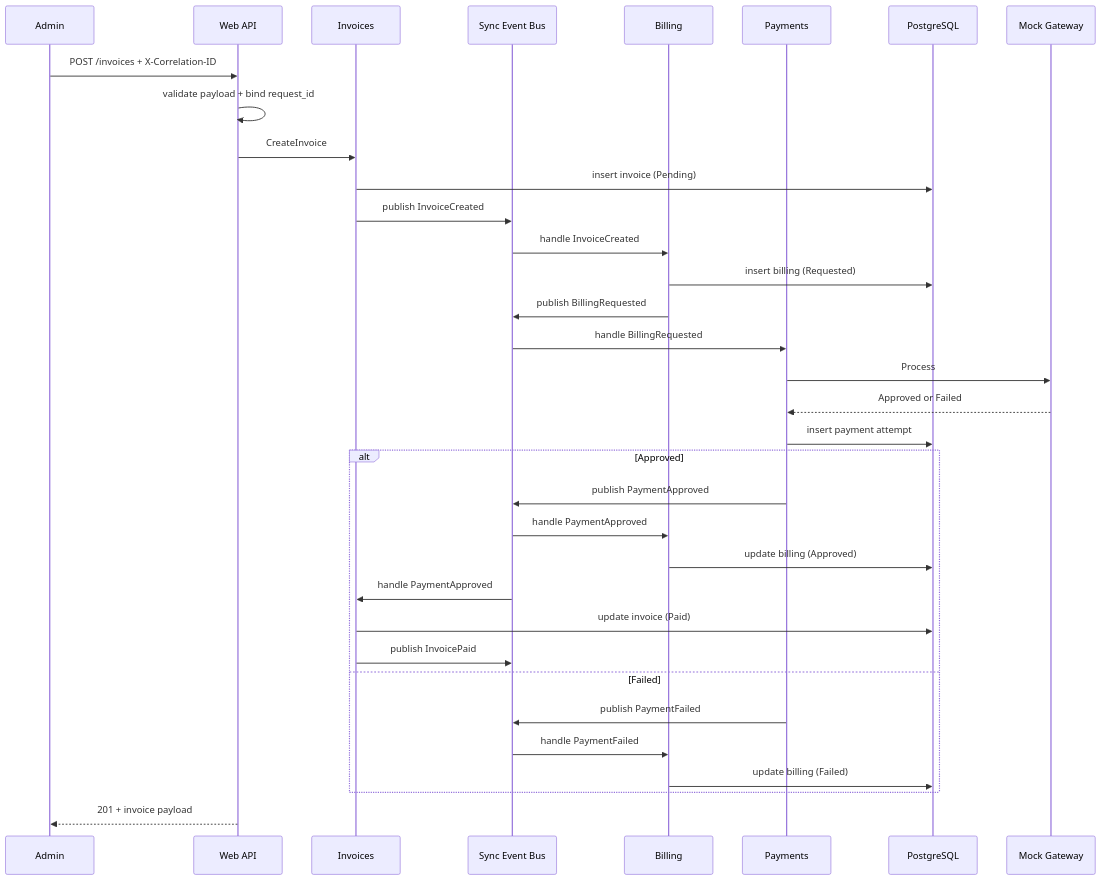
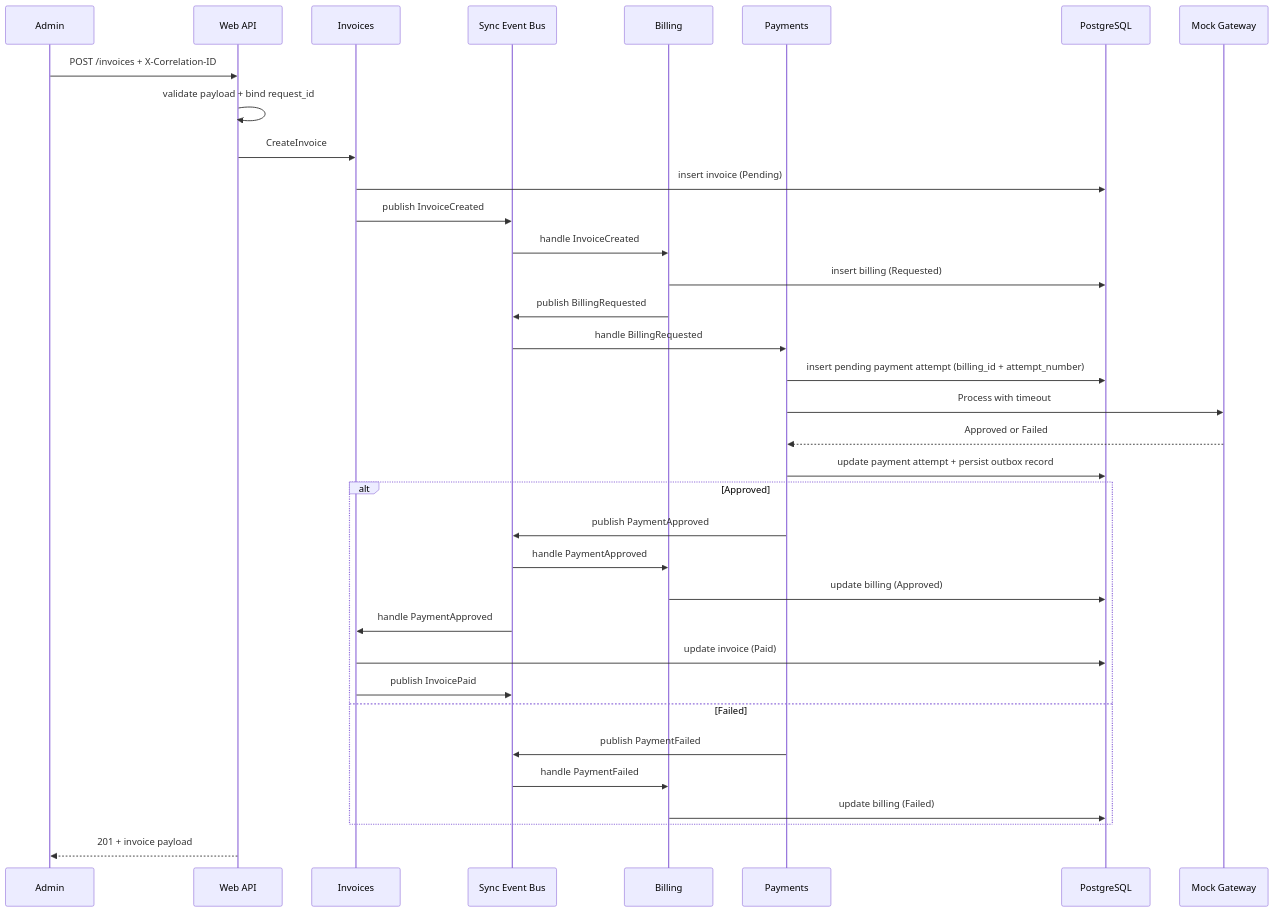
Before and after one commit to rgomids/atlas-erp-core: the fourth of 6 diagrams in docs/diagrams/architecture.md, drawn with Mermaid. The commit also changed other lines of this file and 46 other files, not shown here.

First line of the commit message:
Add phase 4 resilience flow with billing retries, payment idempotency, and outbox support (#5)

````diff
--- a/docs/diagrams/architecture.md
+++ b/docs/diagrams/architecture.md
@@ -77,37 +79,38 @@
 ```mermaid
 sequenceDiagram
     participant Admin
     participant API as Web API
     participant Invoices
     participant Bus as Sync Event Bus
     participant Billing
     participant Payments
     participant DB as PostgreSQL
     participant Gateway as Mock Gateway
 
     Admin->>API: POST /invoices + X-Correlation-ID
     API->>API: validate payload + bind request_id
     API->>Invoices: CreateInvoice
     Invoices->>DB: insert invoice (Pending)
     Invoices->>Bus: publish InvoiceCreated
     Bus->>Billing: handle InvoiceCreated
     Billing->>DB: insert billing (Requested)
     Billing->>Bus: publish BillingRequested
     Bus->>Payments: handle BillingRequested
-    Payments->>Gateway: Process
+    Payments->>DB: insert pending payment attempt (billing_id + attempt_number)
+    Payments->>Gateway: Process with timeout
     Gateway-->>Payments: Approved or Failed
-    Payments->>DB: insert payment attempt
+    Payments->>DB: update payment attempt + persist outbox record
     alt Approved
         Payments->>Bus: publish PaymentApproved
         Bus->>Billing: handle PaymentApproved
         Billing->>DB: update billing (Approved)
         Bus->>Invoices: handle PaymentApproved
         Invoices->>DB: update invoice (Paid)
         Invoices->>Bus: publish InvoicePaid
     else Failed
         Payments->>Bus: publish PaymentFailed
         Bus->>Billing: handle PaymentFailed
         Billing->>DB: update billing (Failed)
     end
     API-->>Admin: 201 + invoice payload
 ```
````
